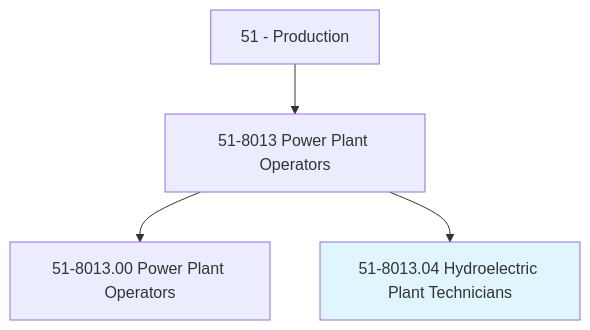
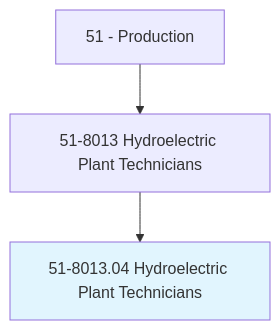
The first of 4 diagrams in occupations/Production/HydroelectricPlantTechnicians.mdx (kziemski/business.org.ai), drawn with Mermaid before and after one commit. The commit also changed other lines of this file and 938 other files, not shown here.

````diff
--- a/occupations/Production/HydroelectricPlantTechnicians.mdx
+++ b/occupations/Production/HydroelectricPlantTechnicians.mdx
@@ -19,7 +23,6 @@
 ```mermaid
 graph TD
-    Cat51["51 - Production"] --> Group518013["51-8013 Power Plant Operators"]
-    Group518013 --> Base["51-8013.00 Power Plant Operators"]
+    Cat51["51 - Production"] --> Group518013["51-8013 Hydroelectric Plant Technicians"]
     Group518013 --> Current["51-8013.04 Hydroelectric Plant Technicians"]
     style Current fill:#e1f5fe
 ```
````
